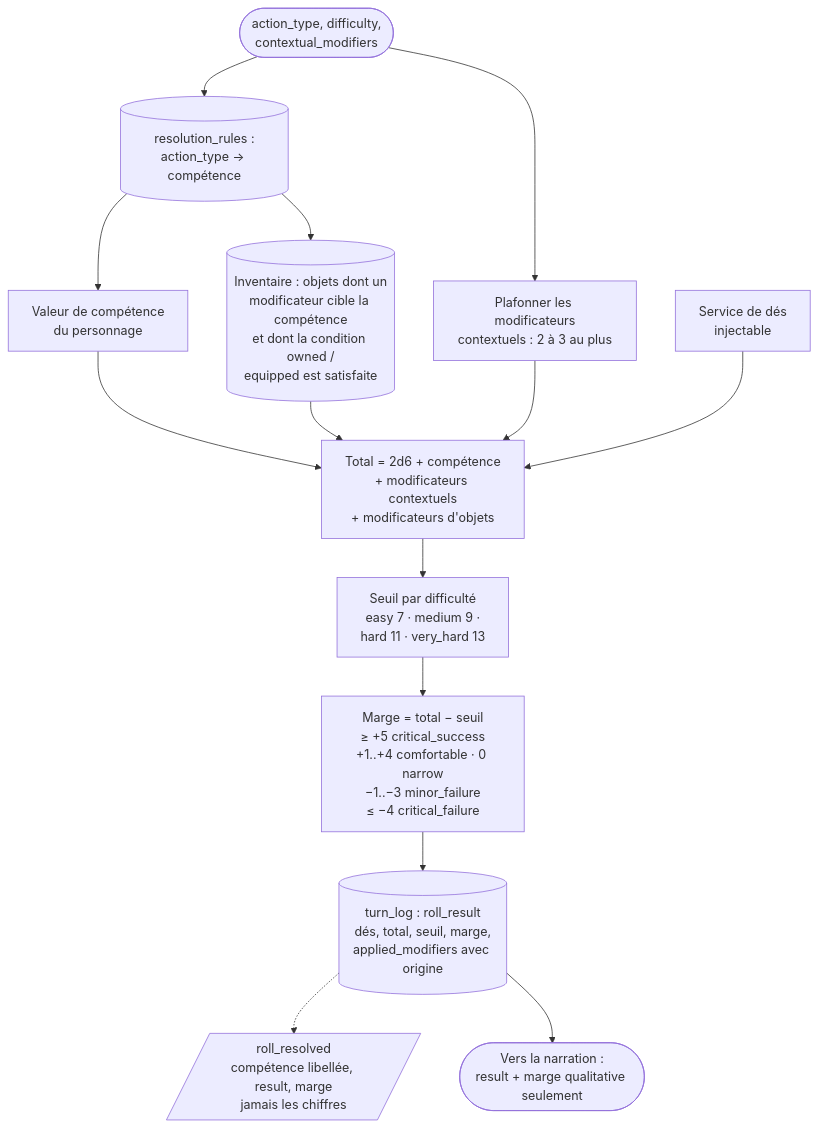
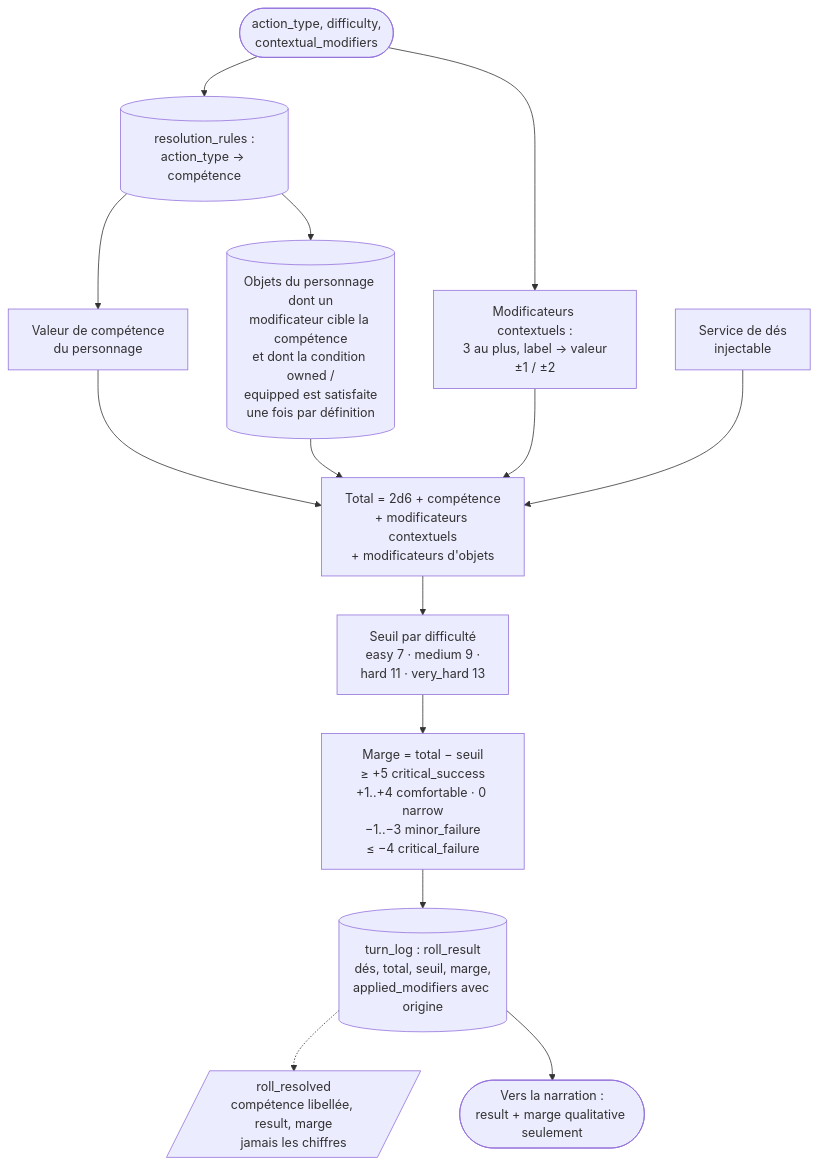
The seventh of 14 diagrams in doc/flux-backend-tour-de-jeu-mj-virtuel.md (cyrilpointet/wanderlore), drawn with Mermaid before and after one commit. The commit also changed other lines of this file and 7 other files, not shown here.

````diff
--- a/doc/flux-backend-tour-de-jeu-mj-virtuel.md
+++ b/doc/flux-backend-tour-de-jeu-mj-virtuel.md
@@ -237,16 +238,16 @@
 ```mermaid
 flowchart TD
     A([action_type, difficulty,<br/>contextual_modifiers]) --> B[(resolution_rules :<br/>action_type → compétence)]
     B --> C[Valeur de compétence<br/>du personnage]
-    A --> K[Plafonner les modificateurs<br/>contextuels : 2 à 3 au plus]
-    B --> I[(Inventaire : objets dont un<br/>modificateur cible la compétence<br/>et dont la condition owned /<br/>equipped est satisfaite)]
+    A --> K[Modificateurs contextuels :<br/>3 au plus, label → valeur<br/>±1 / ±2]
+    B --> I[(Objets du personnage dont un<br/>modificateur cible la compétence<br/>et dont la condition owned /<br/>equipped est satisfaite<br/>une fois par définition)]
     C --> T["Total = 2d6 + compétence<br/>+ modificateurs contextuels<br/>+ modificateurs d'objets"]
     K --> T
     I --> T
     DICE[Service de dés<br/>injectable] --> T
     T --> S[Seuil par difficulté<br/>easy 7 · medium 9 ·<br/>hard 11 · very_hard 13]
     S --> MG["Marge = total − seuil<br/>≥ +5 critical_success<br/>+1..+4 comfortable · 0 narrow<br/>−1..−3 minor_failure<br/>≤ −4 critical_failure"]
     MG --> L[(turn_log : roll_result<br/>dés, total, seuil, marge,<br/>applied_modifiers avec origine)]
     L -.-> SSE[/roll_resolved<br/>compétence libellée, result, marge<br/>jamais les chiffres/]
     L --> O([Vers la narration :<br/>result + marge qualitative seulement])
 ```
````
